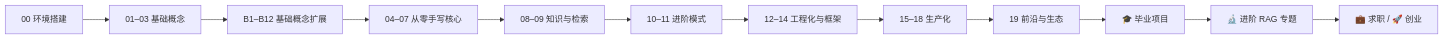
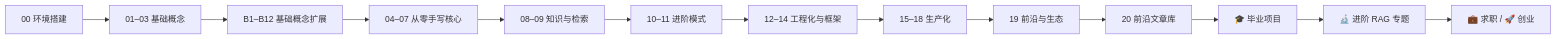
One commit to songuu/agent changed the diagram in index.md. Above: the diagram before and after it, drawn with Mermaid. The commit also changed other lines of this file and 28 other files, not shown here.

````diff
--- a/index.md
+++ b/index.md
@@ -83,14 +83,15 @@
 ```mermaid
 flowchart LR
   A["00 环境搭建"] --> B["01–03 基础概念"]
   B --> B2["B1–B12 基础概念扩展"]
   B2 --> C["04–07 从零手写核心"]
   C --> D["08–09 知识与检索"]
   D --> E["10–11 进阶模式"]
   E --> F["12–14 工程化与框架"]
   F --> G["15–18 生产化"]
   G --> H["19 前沿与生态"]
-  H --> I["🎓 毕业项目"]
+  H --> H2["20 前沿文章库"]
+  H2 --> I["🎓 毕业项目"]
   I --> J["🔬 进阶 RAG 专题"]
   J --> K["💼 求职 / 🚀 创业"]
 ```
````
